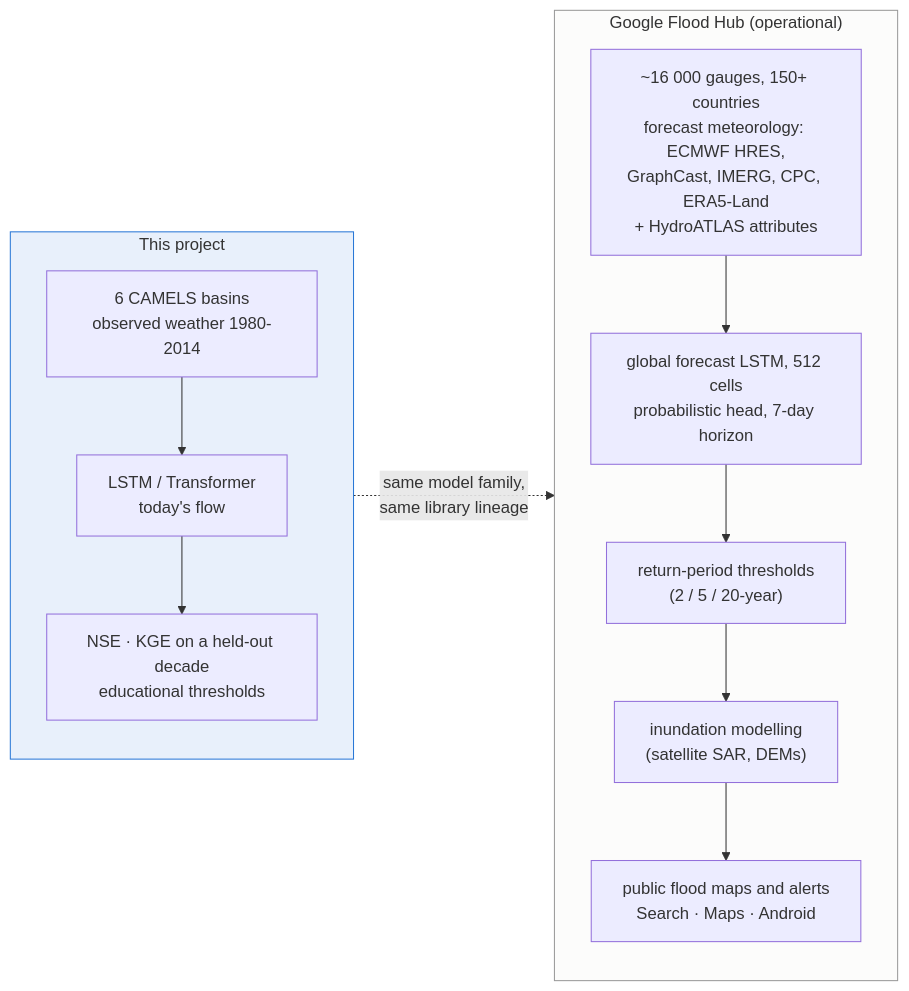
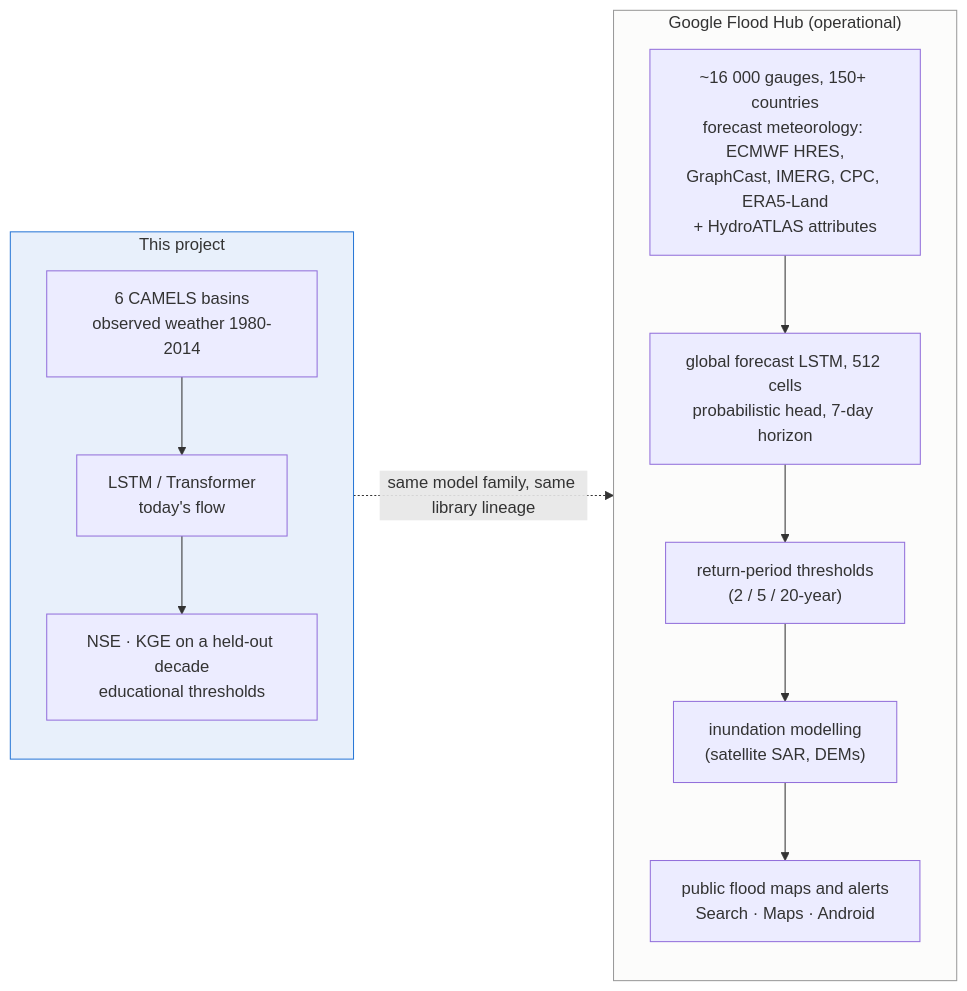
Before and after one commit to muhammadibrahim313/neural-hydrology-explorer: the fourth of 4 diagrams in README.md, drawn with Mermaid. The commit also changed other lines of this file and 5 other files, not shown here.

````diff
--- a/README.md
+++ b/README.md
@@ -224,14 +342,14 @@
 ```mermaid
 flowchart LR
     subgraph P["This project"]
         direction TB
         p1["6 CAMELS basins<br/>observed weather 1980-2014"] --> p2["LSTM / Transformer<br/>today's flow"] --> p3["NSE · KGE on a held-out decade<br/>educational thresholds"]
     end
     subgraph F["Google Flood Hub (operational)"]
         direction TB
         f1["~16 000 gauges, 150+ countries<br/>forecast meteorology: ECMWF HRES,<br/>GraphCast, IMERG, CPC, ERA5-Land<br/>+ HydroATLAS attributes"] --> f2["global forecast LSTM, 512 cells<br/>probabilistic head, 7-day horizon"] --> f3["return-period thresholds<br/>(2 / 5 / 20-year)"] --> f4["inundation modelling<br/>(satellite SAR, DEMs)"] --> f5["public flood maps and alerts<br/>Search · Maps · Android"]
     end
-    P -. same model family,<br/>same library lineage .-> F
+    P -. "same model family, same library lineage" .-> F
     style P fill:#e8f0fb,stroke:#2a78d6
     style F fill:#fcfcfb,stroke:#9a9a9a
 ```
````
